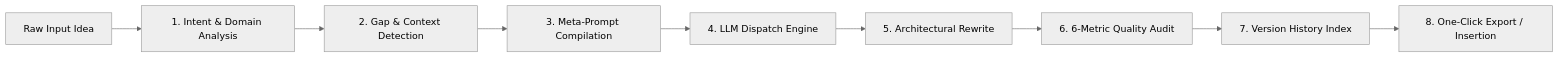
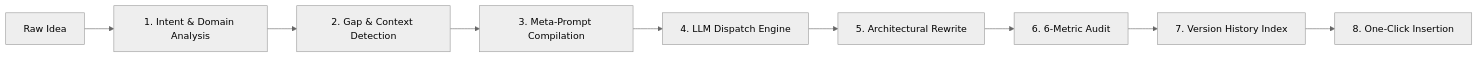
Before and after one commit to OK45batwal/prompt-plus: the first of 2 diagrams in README.md, drawn with Mermaid (neutral theme). The commit also changed other lines of this file, not shown here.

````diff
--- a/README.md
+++ b/README.md
@@ -232,11 +163,11 @@
 ```mermaid
 flowchart LR
-    A[Raw Input Idea] --> B[1. Intent & Domain Analysis]
+    A[Raw Idea] --> B[1. Intent & Domain Analysis]
     B --> C[2. Gap & Context Detection]
     C --> D[3. Meta-Prompt Compilation]
     D --> E[4. LLM Dispatch Engine]
     E --> F[5. Architectural Rewrite]
-    F --> G[6. 6-Metric Quality Audit]
+    F --> G[6. 6-Metric Audit]
     G --> H[7. Version History Index]
-    H --> I[8. One-Click Export / Insertion]
+    H --> I[8. One-Click Insertion]
 ```
````
